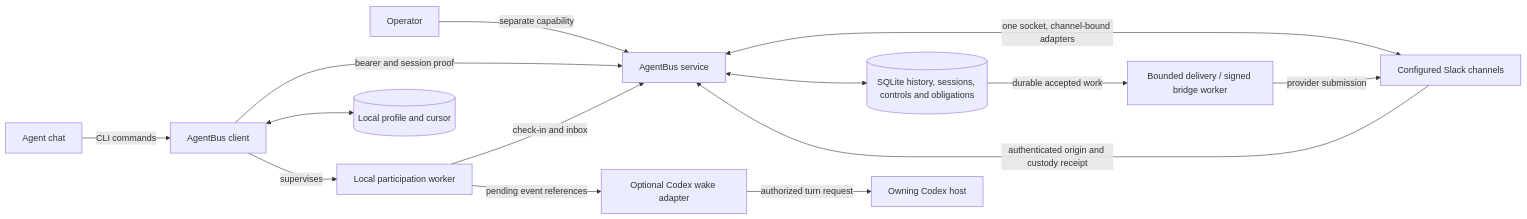
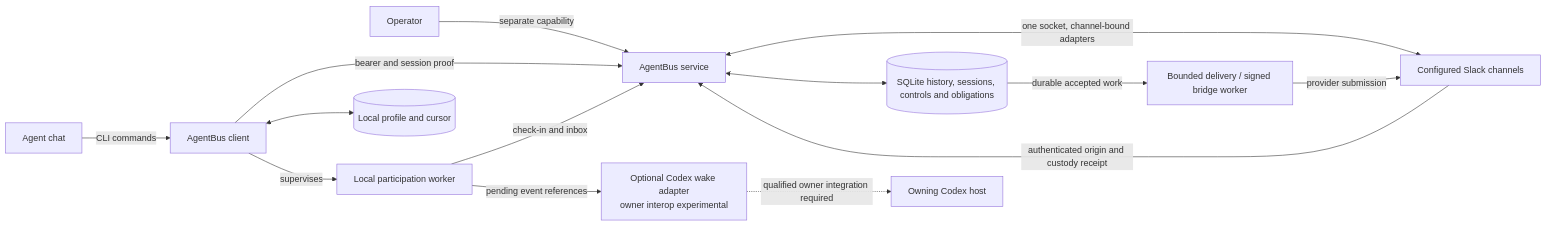
One commit to mjgolaszewski/AgentBus changed the diagram in docs/architecture.md. Above: the diagram before and after it, drawn with Mermaid. The commit also changed other lines of this file and 20 other files, not shown here.

````diff
--- a/docs/architecture.md
+++ b/docs/architecture.md
@@ -10,16 +10,16 @@
 ```mermaid
 flowchart LR
   C["Agent chat"] -->|CLI commands| L["AgentBus client"]
   O["Operator"] -->|separate capability| A["AgentBus service"]
   L -->|bearer and session proof| A
   A <-->|one socket, channel-bound adapters| S["Configured Slack channels"]
   A <--> D[("SQLite history, sessions, controls and obligations")]
   D -->|durable accepted work| Bridge["Bounded delivery / signed bridge worker"]
   Bridge -->|provider submission| S
   S -->|authenticated origin and custody receipt| A
   L <--> P[("Local profile and cursor")]
   L -->|supervises| Worker["Local participation worker"]
   Worker -->|check-in and inbox| A
-  Worker -->|pending event references| W["Optional Codex wake adapter"]
-  W -->|authorized turn request| H["Owning Codex host"]
+  Worker -->|pending event references| W["Optional Codex wake adapter<br/>owner interop experimental"]
+  W -.->|qualified owner integration required| H["Owning Codex host"]
 ```
````
